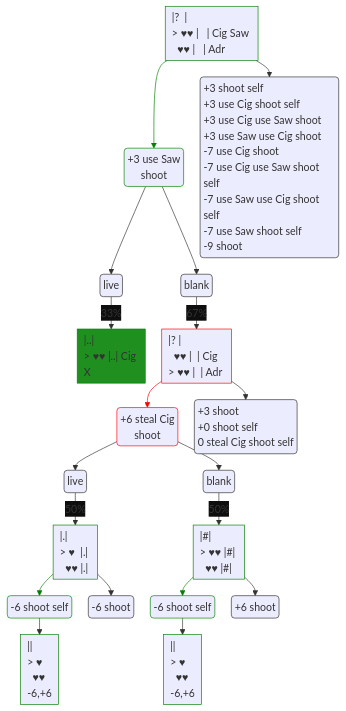
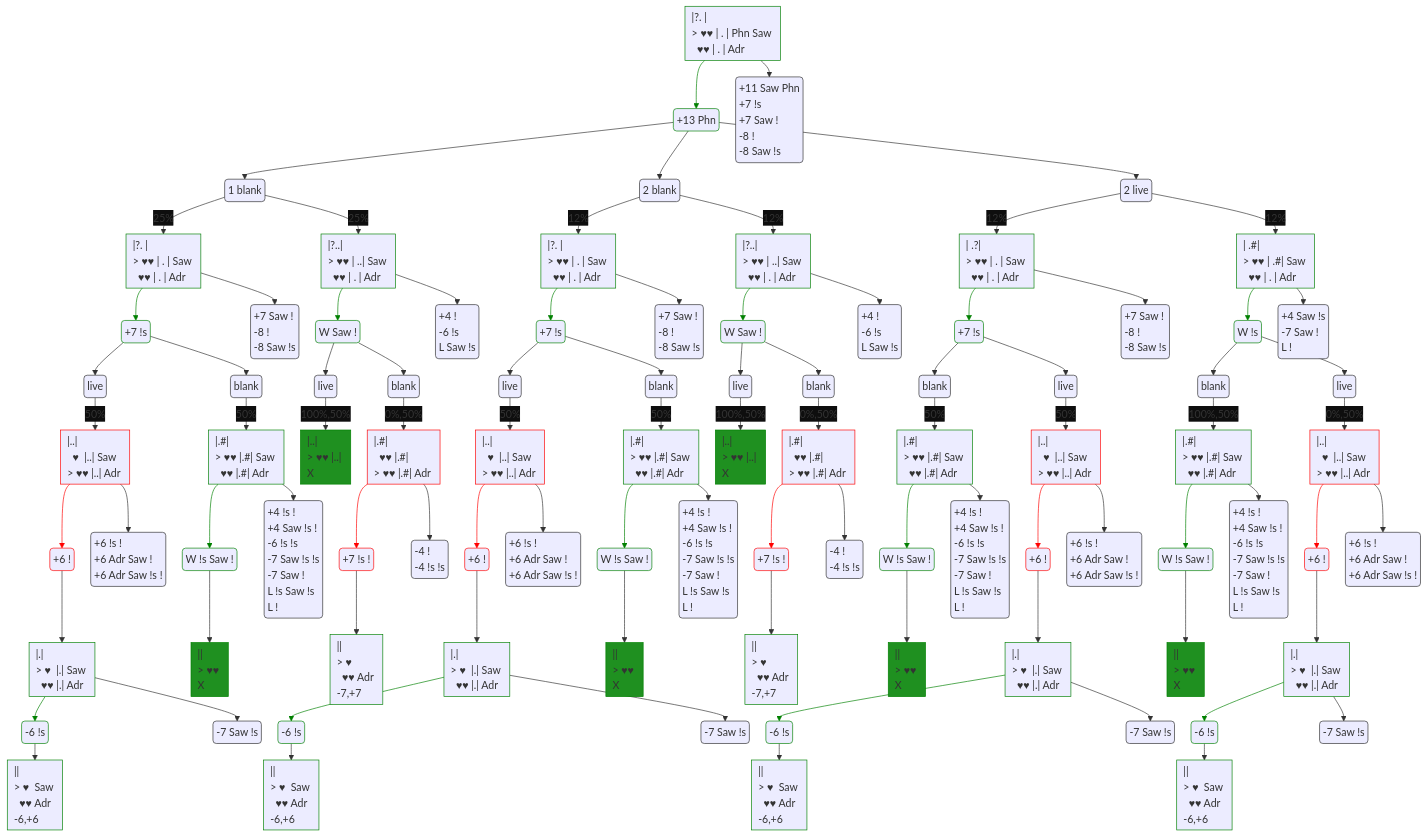
The diagram in output.mmd (pingbird/buckshot), drawn with Mermaid before and after one commit. The commit also changed 4 other files, not shown here.

```diff
--- a/output.mmd
+++ b/output.mmd
@@ -12,60 +12,284 @@
     padding: 5
 ---
 graph TD;
-  n0["|?&nbsp;&nbsp;|&nbsp;<br>>&nbsp;♥♥&nbsp;|&nbsp;&nbsp;&nbsp;|&nbsp;Cig&nbsp;Saw&nbsp;<br>&nbsp;&nbsp;♥♥&nbsp;|&nbsp;&nbsp;&nbsp;|&nbsp;Adr&nbsp;<br>"]
+  n0["|?.&nbsp;|&nbsp;<br>>&nbsp;♥♥&nbsp;|&nbsp;.&nbsp;|&nbsp;Phn&nbsp;Saw&nbsp;<br>&nbsp;&nbsp;♥♥&nbsp;|&nbsp;.&nbsp;|&nbsp;Adr&nbsp;<br>"]
   style n0 text-align:left,stroke:green;
-  d0-7("+3 use Saw<br>shoot")
-  n0 --> d0-7
-  style d0-7 stroke: green
+  d0-0("+13 Phn")
+  n0 --> d0-0
+  style d0-0 stroke: green
   linkStyle 0 stroke: green;
-  p0-7-0(" live")
-  d0-7 --> p0-7-0
-  p0-7-0 -->|"33%"| n179
-  p0-7-1(" blank")
-  d0-7 --> p0-7-1
-  p0-7-1 -->|"67%"| n180
-  h0("+3 shoot self<br>+3 use Cig shoot self<br>+3 use Cig use Saw shoot<br>+3 use Saw use Cig shoot<br>-7 use Cig shoot<br>-7 use Cig use Saw shoot self<br>-7 use Saw use Cig shoot self<br>-7 use Saw shoot self<br>-9 shoot")
+  p0-0-0("1  blank")
+  d0-0 --> p0-0-0
+  p0-0-0 -->|"25%"| n1
+  p0-0-0 -->|"25%"| n62
+  p0-0-1("2  blank")
+  d0-0 --> p0-0-1
+  p0-0-1 -->|"12%"| n123
+  p0-0-1 -->|"12%"| n184
+  p0-0-2("2  live")
+  d0-0 --> p0-0-2
+  p0-0-2 -->|"12%"| n245
+  p0-0-2 -->|"12%"| n306
+  h0("+11 Saw Phn<br>+7 !s<br>+7 Saw !<br>-8 !<br>-8 Saw !s")
   n0 --> h0
   style h0 text-align:left
-  n179["|..|&nbsp;<br>>&nbsp;♥♥&nbsp;|..|&nbsp;Cig&nbsp;<br>X&nbsp;&nbsp;&nbsp;&nbsp;<br>"]
-  style n179 text-align:left,stroke:green;
-  style n179 fill:#1f9020
-  n180["|?&nbsp;|&nbsp;<br>&nbsp;&nbsp;♥♥&nbsp;|&nbsp;&nbsp;|&nbsp;Cig&nbsp;<br>>&nbsp;♥♥&nbsp;|&nbsp;&nbsp;|&nbsp;Adr&nbsp;<br>"]
-  style n180 text-align:left,stroke:red;
-  d180-0("+6 steal Cig<br>shoot")
-  n180 --> d180-0
-  style d180-0 stroke: red
-  linkStyle 6 stroke: red;
-  p180-0-0(" live")
-  d180-0 --> p180-0-0
-  p180-0-0 -->|"50%"| n181
-  p180-0-1(" blank")
-  d180-0 --> p180-0-1
-  p180-0-1 -->|"50%"| n184
-  h180("+3 shoot<br>+0 shoot self<br>0 steal Cig shoot self")
-  n180 --> h180
-  style h180 text-align:left
-  n181["|.|&nbsp;<br>>&nbsp;♥&nbsp;&nbsp;|.|&nbsp;<br>&nbsp;&nbsp;♥♥&nbsp;|.|&nbsp;<br>"]
-  style n181 text-align:left,stroke:green;
-  d181-0("-6 shoot self")
-  n181 --> d181-0
-  style d181-0 stroke: green
-  linkStyle 12 stroke: green;
-  d181-0 --> n182
-  h181("-6 shoot")
-  n181 --> h181
-  style h181 text-align:left
-  n182["||&nbsp;<br>>&nbsp;♥&nbsp;&nbsp;<br>&nbsp;&nbsp;♥♥&nbsp;<br>-6,+6"]
-  style n182 text-align:left,stroke:green;
-  n184["|#|&nbsp;<br>>&nbsp;♥♥&nbsp;|#|&nbsp;<br>&nbsp;&nbsp;♥♥&nbsp;|#|&nbsp;<br>"]
+  n1["|?.&nbsp;|&nbsp;<br>>&nbsp;♥♥&nbsp;|&nbsp;.&nbsp;|&nbsp;Saw&nbsp;<br>&nbsp;&nbsp;♥♥&nbsp;|&nbsp;.&nbsp;|&nbsp;Adr&nbsp;<br>"]
+  style n1 text-align:left,stroke:green;
+  d1-2("+7 !s")
+  n1 --> d1-2
+  style d1-2 stroke: green
+  linkStyle 11 stroke: green;
+  p1-2-0(" live")
+  d1-2 --> p1-2-0
+  p1-2-0 -->|"50%"| n16
+  p1-2-1(" blank")
+  d1-2 --> p1-2-1
+  p1-2-1 -->|"50%"| n24
+  h1("+7 Saw !<br>-8 !<br>-8 Saw !s")
+  n1 --> h1
+  style h1 text-align:left
+  n16["|..|&nbsp;<br>&nbsp;&nbsp;♥&nbsp;&nbsp;|..|&nbsp;Saw&nbsp;<br>>&nbsp;♥♥&nbsp;|..|&nbsp;Adr&nbsp;<br>"]
+  style n16 text-align:left,stroke:red;
+  d16-2("+6 !")
+  n16 --> d16-2
+  style d16-2 stroke: red
+  linkStyle 17 stroke: red;
+  d16-2 --> n20
+  h16("+6 !s !<br>+6 Adr Saw !<br>+6 Adr Saw !s !")
+  n16 --> h16
+  style h16 text-align:left
+  n20["|.|&nbsp;<br>>&nbsp;♥&nbsp;&nbsp;|.|&nbsp;Saw&nbsp;<br>&nbsp;&nbsp;♥♥&nbsp;|.|&nbsp;Adr&nbsp;<br>"]
+  style n20 text-align:left,stroke:green;
+  d20-1("-6 !s")
+  n20 --> d20-1
+  style d20-1 stroke: green
+  linkStyle 20 stroke: green;
+  d20-1 --> n22
+  h20("-7 Saw !s")
+  n20 --> h20
+  style h20 text-align:left
+  n22["||&nbsp;<br>>&nbsp;♥&nbsp;&nbsp;Saw&nbsp;<br>&nbsp;&nbsp;♥♥&nbsp;Adr&nbsp;<br>-6,+6"]
+  style n22 text-align:left,stroke:green;
+  n24["|.#|&nbsp;<br>>&nbsp;♥♥&nbsp;|.#|&nbsp;Saw&nbsp;<br>&nbsp;&nbsp;♥♥&nbsp;|.#|&nbsp;Adr&nbsp;<br>"]
+  style n24 text-align:left,stroke:green;
+  d24-4("W !s Saw !")
+  n24 --> d24-4
+  style d24-4 stroke: green
+  linkStyle 23 stroke: green;
+  d24-4 --> n31
+  h24("+4 !s !<br>+4 Saw !s !<br>-6 !s !s<br>-7 Saw !s !s<br>-7 Saw !<br>L !s Saw !s<br>L !")
+  n24 --> h24
+  style h24 text-align:left
+  n31["||&nbsp;<br>>&nbsp;♥♥&nbsp;<br>X&nbsp;&nbsp;&nbsp;&nbsp;<br>"]
+  style n31 text-align:left,stroke:green;
+  style n31 fill:#1f9020
+  n62["|?..|&nbsp;<br>>&nbsp;♥♥&nbsp;|&nbsp;..|&nbsp;Saw&nbsp;<br>&nbsp;&nbsp;♥♥&nbsp;|&nbsp;.&nbsp;|&nbsp;Adr&nbsp;<br>"]
+  style n62 text-align:left,stroke:green;
+  d62-1("W Saw !")
+  n62 --> d62-1
+  style d62-1 stroke: green
+  linkStyle 26 stroke: green;
+  p62-1-0(" live")
+  d62-1 --> p62-1-0
+  p62-1-0 -->|"100%,50%"| n70
+  p62-1-1(" blank")
+  d62-1 --> p62-1-1
+  p62-1-1 -->|"0%,50%"| n71
+  h62("+4 !<br>-6 !s<br>L Saw !s")
+  n62 --> h62
+  style h62 text-align:left
+  n70["|..|&nbsp;<br>>&nbsp;♥♥&nbsp;|..|&nbsp;<br>X&nbsp;&nbsp;&nbsp;&nbsp;<br>"]
+  style n70 text-align:left,stroke:green;
+  style n70 fill:#1f9020
+  n71["|.#|&nbsp;<br>&nbsp;&nbsp;♥♥&nbsp;|.#|&nbsp;<br>>&nbsp;♥♥&nbsp;|.#|&nbsp;Adr&nbsp;<br>"]
+  style n71 text-align:left,stroke:red;
+  d71-1("+7 !s !")
+  n71 --> d71-1
+  style d71-1 stroke: red
+  linkStyle 32 stroke: red;
+  d71-1 --> n75
+  h71("-4 !<br>-4 !s !s")
+  n71 --> h71
+  style h71 text-align:left
+  n75["||&nbsp;<br>>&nbsp;♥&nbsp;&nbsp;<br>&nbsp;&nbsp;♥♥&nbsp;Adr&nbsp;<br>-7,+7"]
+  style n75 text-align:left,stroke:green;
+  n123["|?.&nbsp;|&nbsp;<br>>&nbsp;♥♥&nbsp;|&nbsp;.&nbsp;|&nbsp;Saw&nbsp;<br>&nbsp;&nbsp;♥♥&nbsp;|&nbsp;.&nbsp;|&nbsp;Adr&nbsp;<br>"]
+  style n123 text-align:left,stroke:green;
+  d123-2("+7 !s")
+  n123 --> d123-2
+  style d123-2 stroke: green
+  linkStyle 35 stroke: green;
+  p123-2-0(" live")
+  d123-2 --> p123-2-0
+  p123-2-0 -->|"50%"| n138
+  p123-2-1(" blank")
+  d123-2 --> p123-2-1
+  p123-2-1 -->|"50%"| n146
+  h123("+7 Saw !<br>-8 !<br>-8 Saw !s")
+  n123 --> h123
+  style h123 text-align:left
+  n138["|..|&nbsp;<br>&nbsp;&nbsp;♥&nbsp;&nbsp;|..|&nbsp;Saw&nbsp;<br>>&nbsp;♥♥&nbsp;|..|&nbsp;Adr&nbsp;<br>"]
+  style n138 text-align:left,stroke:red;
+  d138-2("+6 !")
+  n138 --> d138-2
+  style d138-2 stroke: red
+  linkStyle 41 stroke: red;
+  d138-2 --> n142
+  h138("+6 !s !<br>+6 Adr Saw !<br>+6 Adr Saw !s !")
+  n138 --> h138
+  style h138 text-align:left
+  n142["|.|&nbsp;<br>>&nbsp;♥&nbsp;&nbsp;|.|&nbsp;Saw&nbsp;<br>&nbsp;&nbsp;♥♥&nbsp;|.|&nbsp;Adr&nbsp;<br>"]
+  style n142 text-align:left,stroke:green;
+  d142-1("-6 !s")
+  n142 --> d142-1
+  style d142-1 stroke: green
+  linkStyle 44 stroke: green;
+  d142-1 --> n144
+  h142("-7 Saw !s")
+  n142 --> h142
+  style h142 text-align:left
+  n144["||&nbsp;<br>>&nbsp;♥&nbsp;&nbsp;Saw&nbsp;<br>&nbsp;&nbsp;♥♥&nbsp;Adr&nbsp;<br>-6,+6"]
+  style n144 text-align:left,stroke:green;
+  n146["|.#|&nbsp;<br>>&nbsp;♥♥&nbsp;|.#|&nbsp;Saw&nbsp;<br>&nbsp;&nbsp;♥♥&nbsp;|.#|&nbsp;Adr&nbsp;<br>"]
+  style n146 text-align:left,stroke:green;
+  d146-4("W !s Saw !")
+  n146 --> d146-4
+  style d146-4 stroke: green
+  linkStyle 47 stroke: green;
+  d146-4 --> n153
+  h146("+4 !s !<br>+4 Saw !s !<br>-6 !s !s<br>-7 Saw !s !s<br>-7 Saw !<br>L !s Saw !s<br>L !")
+  n146 --> h146
+  style h146 text-align:left
+  n153["||&nbsp;<br>>&nbsp;♥♥&nbsp;<br>X&nbsp;&nbsp;&nbsp;&nbsp;<br>"]
+  style n153 text-align:left,stroke:green;
+  style n153 fill:#1f9020
+  n184["|?..|&nbsp;<br>>&nbsp;♥♥&nbsp;|&nbsp;..|&nbsp;Saw&nbsp;<br>&nbsp;&nbsp;♥♥&nbsp;|&nbsp;.&nbsp;|&nbsp;Adr&nbsp;<br>"]
   style n184 text-align:left,stroke:green;
-  d184-0("-6 shoot self")
-  n184 --> d184-0
-  style d184-0 stroke: green
-  linkStyle 15 stroke: green;
-  d184-0 --> n185
-  h184("+6 shoot")
+  d184-1("W Saw !")
+  n184 --> d184-1
+  style d184-1 stroke: green
+  linkStyle 50 stroke: green;
+  p184-1-0(" live")
+  d184-1 --> p184-1-0
+  p184-1-0 -->|"100%,50%"| n192
+  p184-1-1(" blank")
+  d184-1 --> p184-1-1
+  p184-1-1 -->|"0%,50%"| n193
+  h184("+4 !<br>-6 !s<br>L Saw !s")
   n184 --> h184
   style h184 text-align:left
-  n185["||&nbsp;<br>>&nbsp;♥&nbsp;&nbsp;<br>&nbsp;&nbsp;♥♥&nbsp;<br>-6,+6"]
-  style n185 text-align:left,stroke:green;
+  n192["|..|&nbsp;<br>>&nbsp;♥♥&nbsp;|..|&nbsp;<br>X&nbsp;&nbsp;&nbsp;&nbsp;<br>"]
+  style n192 text-align:left,stroke:green;
+  style n192 fill:#1f9020
+  n193["|.#|&nbsp;<br>&nbsp;&nbsp;♥♥&nbsp;|.#|&nbsp;<br>>&nbsp;♥♥&nbsp;|.#|&nbsp;Adr&nbsp;<br>"]
+  style n193 text-align:left,stroke:red;
+  d193-1("+7 !s !")
+  n193 --> d193-1
+  style d193-1 stroke: red
+  linkStyle 56 stroke: red;
+  d193-1 --> n197
+  h193("-4 !<br>-4 !s !s")
+  n193 --> h193
+  style h193 text-align:left
+  n197["||&nbsp;<br>>&nbsp;♥&nbsp;&nbsp;<br>&nbsp;&nbsp;♥♥&nbsp;Adr&nbsp;<br>-7,+7"]
+  style n197 text-align:left,stroke:green;
+  n245["|&nbsp;.?|&nbsp;<br>>&nbsp;♥♥&nbsp;|&nbsp;.&nbsp;|&nbsp;Saw&nbsp;<br>&nbsp;&nbsp;♥♥&nbsp;|&nbsp;.&nbsp;|&nbsp;Adr&nbsp;<br>"]
+  style n245 text-align:left,stroke:green;
+  d245-2("+7 !s")
+  n245 --> d245-2
+  style d245-2 stroke: green
+  linkStyle 59 stroke: green;
+  p245-2-0(" blank")
+  d245-2 --> p245-2-0
+  p245-2-0 -->|"50%"| n260
+  p245-2-1(" live")
+  d245-2 --> p245-2-1
+  p245-2-1 -->|"50%"| n275
+  h245("+7 Saw !<br>-8 !<br>-8 Saw !s")
+  n245 --> h245
+  style h245 text-align:left
+  n260["|.#|&nbsp;<br>>&nbsp;♥♥&nbsp;|.#|&nbsp;Saw&nbsp;<br>&nbsp;&nbsp;♥♥&nbsp;|.#|&nbsp;Adr&nbsp;<br>"]
+  style n260 text-align:left,stroke:green;
+  d260-4("W !s Saw !")
+  n260 --> d260-4
+  style d260-4 stroke: green
+  linkStyle 65 stroke: green;
+  d260-4 --> n267
+  h260("+4 !s !<br>+4 Saw !s !<br>-6 !s !s<br>-7 Saw !s !s<br>-7 Saw !<br>L !s Saw !s<br>L !")
+  n260 --> h260
+  style h260 text-align:left
+  n267["||&nbsp;<br>>&nbsp;♥♥&nbsp;<br>X&nbsp;&nbsp;&nbsp;&nbsp;<br>"]
+  style n267 text-align:left,stroke:green;
+  style n267 fill:#1f9020
+  n275["|..|&nbsp;<br>&nbsp;&nbsp;♥&nbsp;&nbsp;|..|&nbsp;Saw&nbsp;<br>>&nbsp;♥♥&nbsp;|..|&nbsp;Adr&nbsp;<br>"]
+  style n275 text-align:left,stroke:red;
+  d275-2("+6 !")
+  n275 --> d275-2
+  style d275-2 stroke: red
+  linkStyle 68 stroke: red;
+  d275-2 --> n279
+  h275("+6 !s !<br>+6 Adr Saw !<br>+6 Adr Saw !s !")
+  n275 --> h275
+  style h275 text-align:left
+  n279["|.|&nbsp;<br>>&nbsp;♥&nbsp;&nbsp;|.|&nbsp;Saw&nbsp;<br>&nbsp;&nbsp;♥♥&nbsp;|.|&nbsp;Adr&nbsp;<br>"]
+  style n279 text-align:left,stroke:green;
+  d279-1("-6 !s")
+  n279 --> d279-1
+  style d279-1 stroke: green
+  linkStyle 71 stroke: green;
+  d279-1 --> n281
+  h279("-7 Saw !s")
+  n279 --> h279
+  style h279 text-align:left
+  n281["||&nbsp;<br>>&nbsp;♥&nbsp;&nbsp;Saw&nbsp;<br>&nbsp;&nbsp;♥♥&nbsp;Adr&nbsp;<br>-6,+6"]
+  style n281 text-align:left,stroke:green;
+  n306["|&nbsp;.#|&nbsp;<br>>&nbsp;♥♥&nbsp;|&nbsp;.#|&nbsp;Saw&nbsp;<br>&nbsp;&nbsp;♥♥&nbsp;|&nbsp;.&nbsp;|&nbsp;Adr&nbsp;<br>"]
+  style n306 text-align:left,stroke:green;
+  d306-2("W !s")
+  n306 --> d306-2
+  style d306-2 stroke: green
+  linkStyle 74 stroke: green;
+  p306-2-0(" blank")
+  d306-2 --> p306-2-0
+  p306-2-0 -->|"100%,50%"| n321
+  p306-2-1(" live")
+  d306-2 --> p306-2-1
+  p306-2-1 -->|"0%,50%"| n336
+  h306("+4 Saw !s<br>-7 Saw !<br>L !")
+  n306 --> h306
+  style h306 text-align:left
+  n321["|.#|&nbsp;<br>>&nbsp;♥♥&nbsp;|.#|&nbsp;Saw&nbsp;<br>&nbsp;&nbsp;♥♥&nbsp;|.#|&nbsp;Adr&nbsp;<br>"]
+  style n321 text-align:left,stroke:green;
+  d321-4("W !s Saw !")
+  n321 --> d321-4
+  style d321-4 stroke: green
+  linkStyle 80 stroke: green;
+  d321-4 --> n328
+  h321("+4 !s !<br>+4 Saw !s !<br>-6 !s !s<br>-7 Saw !s !s<br>-7 Saw !<br>L !s Saw !s<br>L !")
+  n321 --> h321
+  style h321 text-align:left
+  n328["||&nbsp;<br>>&nbsp;♥♥&nbsp;<br>X&nbsp;&nbsp;&nbsp;&nbsp;<br>"]
+  style n328 text-align:left,stroke:green;
+  style n328 fill:#1f9020
+  n336["|..|&nbsp;<br>&nbsp;&nbsp;♥&nbsp;&nbsp;|..|&nbsp;Saw&nbsp;<br>>&nbsp;♥♥&nbsp;|..|&nbsp;Adr&nbsp;<br>"]
+  style n336 text-align:left,stroke:red;
+  d336-2("+6 !")
+  n336 --> d336-2
+  style d336-2 stroke: red
+  linkStyle 83 stroke: red;
+  d336-2 --> n340
+  h336("+6 !s !<br>+6 Adr Saw !<br>+6 Adr Saw !s !")
+  n336 --> h336
+  style h336 text-align:left
+  n340["|.|&nbsp;<br>>&nbsp;♥&nbsp;&nbsp;|.|&nbsp;Saw&nbsp;<br>&nbsp;&nbsp;♥♥&nbsp;|.|&nbsp;Adr&nbsp;<br>"]
+  style n340 text-align:left,stroke:green;
+  d340-1("-6 !s")
+  n340 --> d340-1
+  style d340-1 stroke: green
+  linkStyle 86 stroke: green;
+  d340-1 --> n342
+  h340("-7 Saw !s")
+  n340 --> h340
+  style h340 text-align:left
+  n342["||&nbsp;<br>>&nbsp;♥&nbsp;&nbsp;Saw&nbsp;<br>&nbsp;&nbsp;♥♥&nbsp;Adr&nbsp;<br>-6,+6"]
+  style n342 text-align:left,stroke:green;
```
